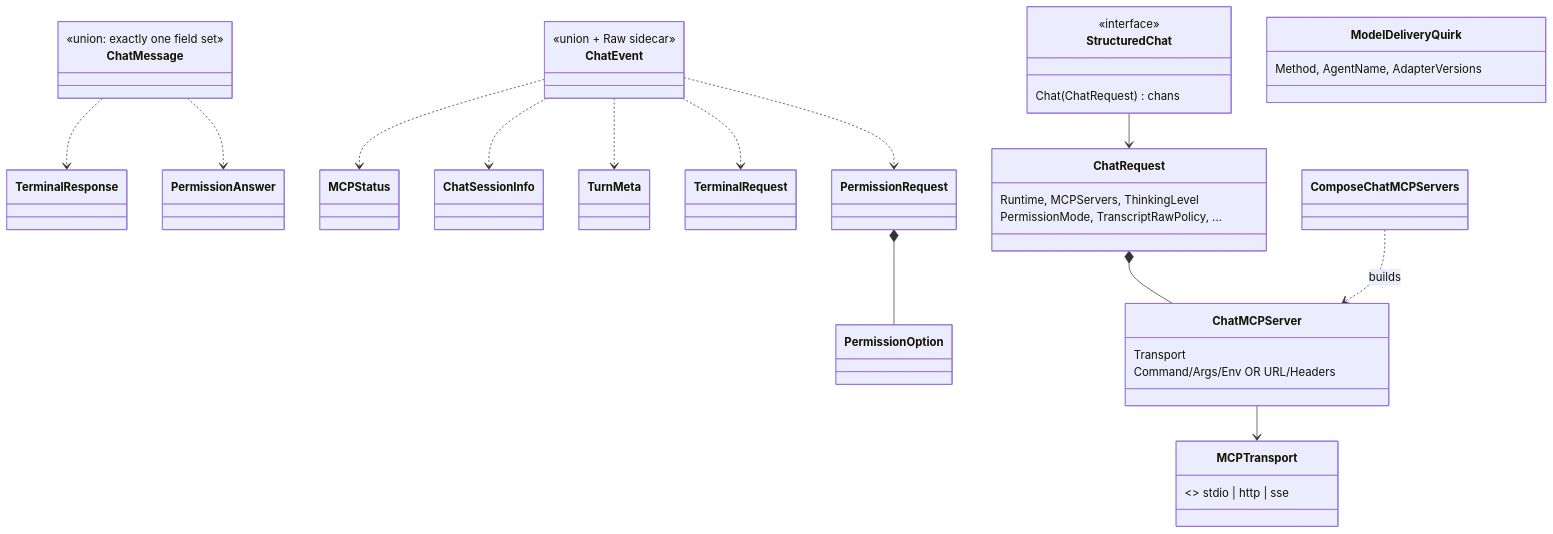
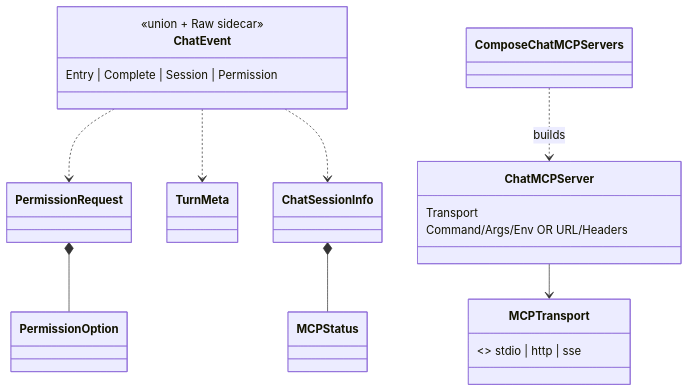
The diagram in docs/architecture/shared/agent-chat.md (ctxloom/ctxloom), drawn with Mermaid before and after one commit. The commit also changed other lines of this file and 4 other files, not shown here.

First line of the commit message:
docs: the structured drive is per turn; agent-chat.md describes the live IR

````diff
--- a/docs/architecture/shared/agent-chat.md
+++ b/docs/architecture/shared/agent-chat.md
@@ -5,48 +5,27 @@
 ```mermaid
 classDiagram
-    class StructuredChat {
-        <<interface>>
-        Chat(ChatRequest) chans
-    }
-    class ChatRequest {
-        Runtime, MCPServers, ThinkingLevel
-        PermissionMode, TranscriptRawPolicy, ...
-    }
-    class ChatMessage {
-        <<union: exactly one field set>>
-    }
     class ChatEvent {
         <<union + Raw sidecar>>
+        Entry | Complete | Session | Permission
     }
     class PermissionRequest
     class PermissionOption
-    class PermissionAnswer
-    class TerminalRequest
-    class TerminalResponse
     class TurnMeta
     class ChatSessionInfo
     class MCPStatus
     class ChatMCPServer {
         Transport
         Command/Args/Env  OR  URL/Headers
     }
     class MCPTransport {
         <<enum>> stdio | http | sse
     }
-    class ModelDeliveryQuirk {
-        Method, AgentName, AdapterVersions
-    }
 
-    StructuredChat --> ChatRequest
-    ChatRequest *-- ChatMCPServer
-    ChatMCPServer --> MCPTransport
     ChatEvent ..> PermissionRequest
-    ChatEvent ..> TerminalRequest
     ChatEvent ..> TurnMeta
     ChatEvent ..> ChatSessionInfo
-    ChatEvent ..> MCPStatus
-    ChatMessage ..> PermissionAnswer
-    ChatMessage ..> TerminalResponse
+    ChatSessionInfo *-- MCPStatus
     PermissionRequest *-- PermissionOption
+    ChatMCPServer --> MCPTransport
     ComposeChatMCPServers ..> ChatMCPServer : builds
 ```
````
